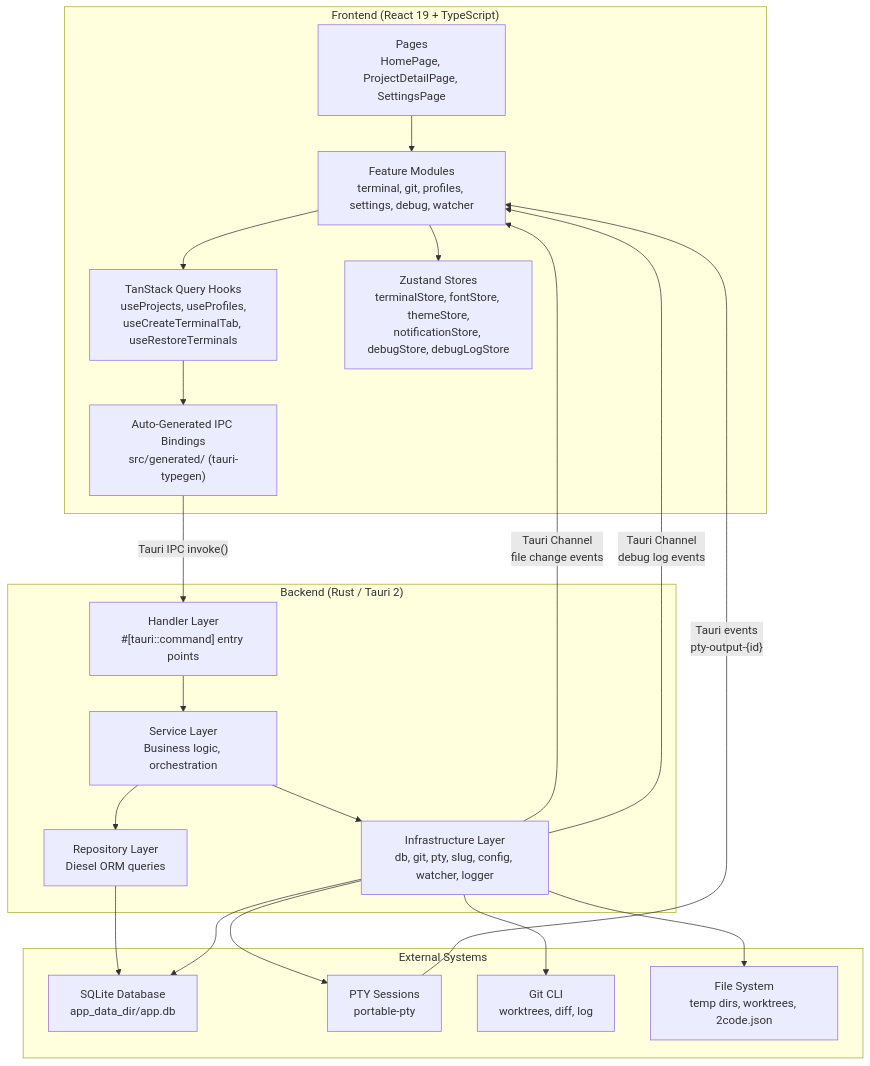
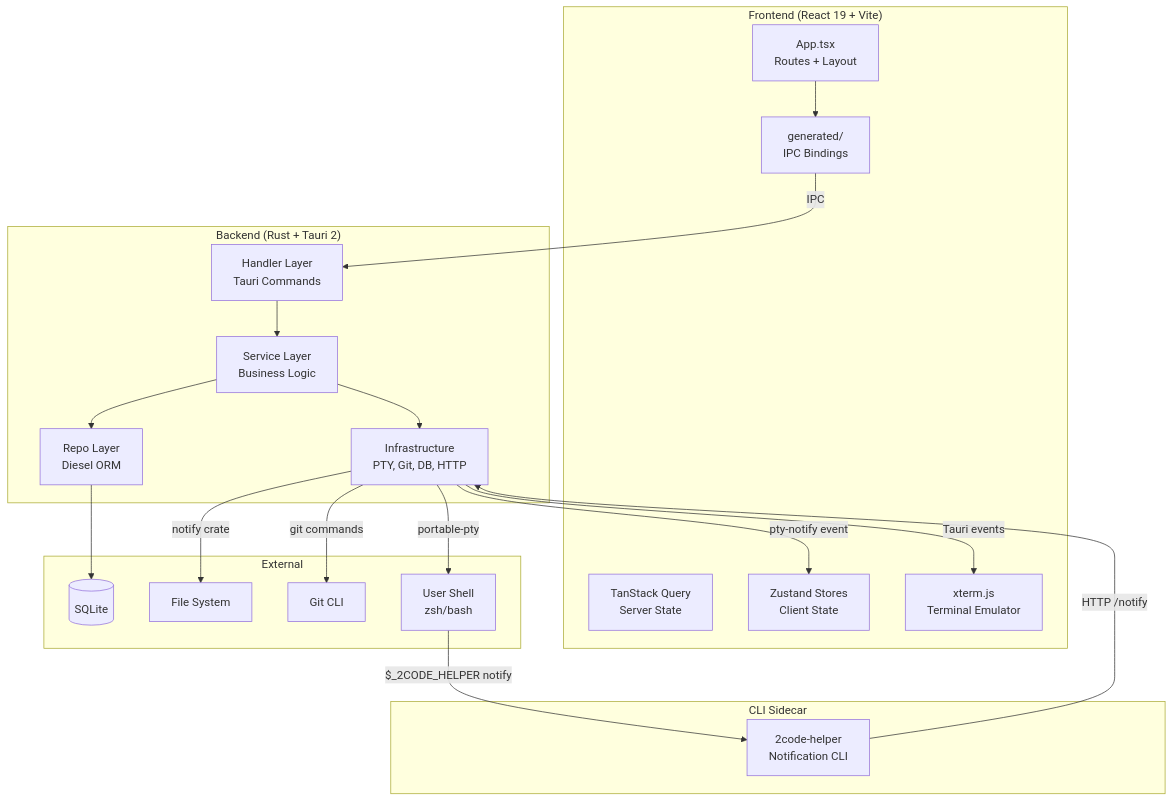
Before and after one commit to AkaraChen/2code: the diagram in docs/architecture.md, drawn with Mermaid. The commit also changed other lines of this file and 5 other files, not shown here.

First line of the commit message:
docs: regenerate architecture docs and update CLAUDE.md

````diff
--- a/docs/architecture.md
+++ b/docs/architecture.md
@@ -5,42 +5,42 @@
 ```mermaid
 graph TD
-    subgraph Frontend ["Frontend (React 19 + TypeScript)"]
-        Pages["Pages<br/>HomePage, ProjectDetailPage, SettingsPage"]
-        Features["Feature Modules<br/>terminal, git, profiles, settings, debug, watcher"]
-        Hooks["TanStack Query Hooks<br/>useProjects, useProfiles,<br/>useCreateTerminalTab, useRestoreTerminals"]
-        Stores["Zustand Stores<br/>terminalStore, fontStore, themeStore,<br/>notificationStore, debugStore, debugLogStore"]
-        Generated["Auto-Generated IPC Bindings<br/>src/generated/ (tauri-typegen)"]
+    subgraph Frontend ["Frontend (React 19 + Vite)"]
+        App[App.tsx<br/>Routes + Layout]
+        TQ[TanStack Query<br/>Server State]
+        ZS[Zustand Stores<br/>Client State]
+        XT[xterm.js<br/>Terminal Emulator]
+        Gen[generated/<br/>IPC Bindings]
     end
 
-    subgraph Backend ["Backend (Rust / Tauri 2)"]
-        Handler["Handler Layer<br/>#[tauri::command] entry points"]
-        Service["Service Layer<br/>Business logic, orchestration"]
-        Repo["Repository Layer<br/>Diesel ORM queries"]
-        Infra["Infrastructure Layer<br/>db, git, pty, slug, config, watcher, logger"]
+    subgraph Backend ["Backend (Rust + Tauri 2)"]
+        H[Handler Layer<br/>Tauri Commands]
+        S[Service Layer<br/>Business Logic]
+        R[Repo Layer<br/>Diesel ORM]
+        I[Infrastructure<br/>PTY, Git, DB, HTTP]
     end
 
-    subgraph External ["External Systems"]
-        SQLite["SQLite Database<br/>app_data_dir/app.db"]
-        PTY["PTY Sessions<br/>portable-pty"]
-        Git["Git CLI<br/>worktrees, diff, log"]
-        FS["File System<br/>temp dirs, worktrees, 2code.json"]
+    subgraph Sidecar ["CLI Sidecar"]
+        Helper[2code-helper<br/>Notification CLI]
     end
 
-    Pages --> Features
-    Features --> Hooks
-    Features --> Stores
-    Hooks --> Generated
-    Generated -->|"Tauri IPC invoke()"| Handler
-    Handler --> Service
-    Service --> Repo
-    Service --> Infra
-    Repo --> SQLite
-    Infra --> SQLite
-    Infra --> PTY
-    Infra --> Git
-    Infra --> FS
+    subgraph External ["External"]
+        DB[(SQLite)]
+        FS[File System]
+        Git[Git CLI]
+        Shell[User Shell<br/>zsh/bash]
+    end
 
-    PTY -->|"Tauri events<br/>pty-output-{id}"| Features
-    Infra -->|"Tauri Channel<br/>file change events"| Features
-    Infra -->|"Tauri Channel<br/>debug log events"| Features
+    App --> Gen
+    Gen -->|IPC| H
+    H --> S
+    S --> R
+    S --> I
+    R --> DB
+    I -->|portable-pty| Shell
+    I -->|git commands| Git
+    I -->|notify crate| FS
+    Shell -->|$_2CODE_HELPER notify| Helper
+    Helper -->|HTTP /notify| I
+    I -->|Tauri events| XT
+    I -->|pty-notify event| ZS
 ```
````
